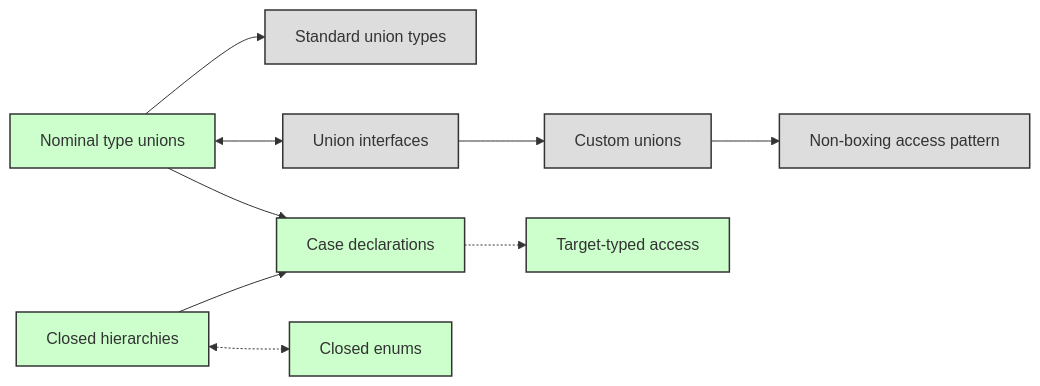
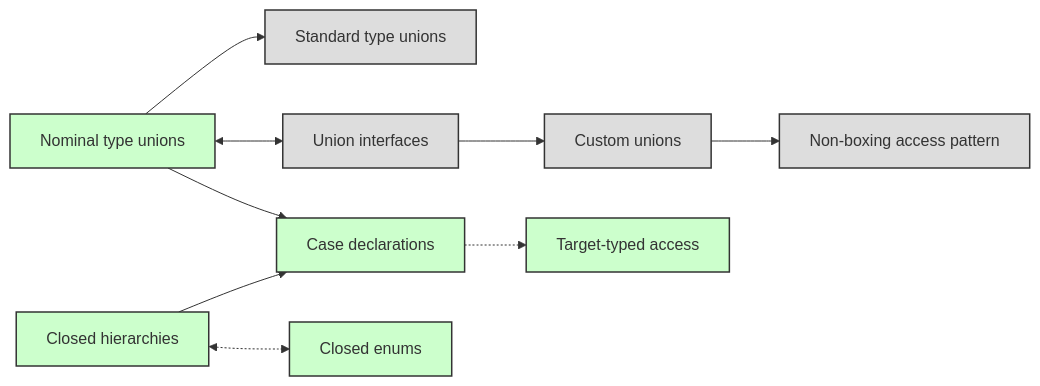
The diagram in meetings/working-groups/discriminated-unions/union-proposals-overview.md (dotnet/csharplang), drawn with Mermaid before and after one commit.

````diff
--- a/meetings/working-groups/discriminated-unions/union-proposals-overview.md
+++ b/meetings/working-groups/discriminated-unions/union-proposals-overview.md
@@ -13,26 +13,26 @@
 ``` mermaid
 flowchart LR
 
 %% Features
 Unions[Nominal type unions]:::approved
-Standard[Standard union types]:::unapproved
+Standard[Standard type unions]:::unapproved
 Interfaces[Union interfaces]:::unapproved
 Custom[Custom unions]:::unapproved
 NonBoxingAccess[Non-boxing access pattern]:::unapproved
 Enums[Closed enums]:::approved
 Hierarchies[Closed hierarchies]:::approved
 Cases[Case declarations]:::approved
 Target[Target-typed access]:::approved
 
 %% Dependencies
 Unions --> Standard
 Unions <--> Interfaces --> Custom --> NonBoxingAccess
 Unions & Hierarchies --> Cases -.-> Target
 Hierarchies <-.-> Enums
 
 %% Colors
 classDef approved fill:#cfc,stroke:#333,stroke-width:1.5px;
 classDef consideration fill:#ffd,stroke:#333,stroke-width:1.5px;
 classDef unapproved fill:#ddd,stroke:#333,stroke-width:1.5px;
 classDef rejected fill:#fdd,stroke:#333,stroke-width:1.5px;
 ```
````
